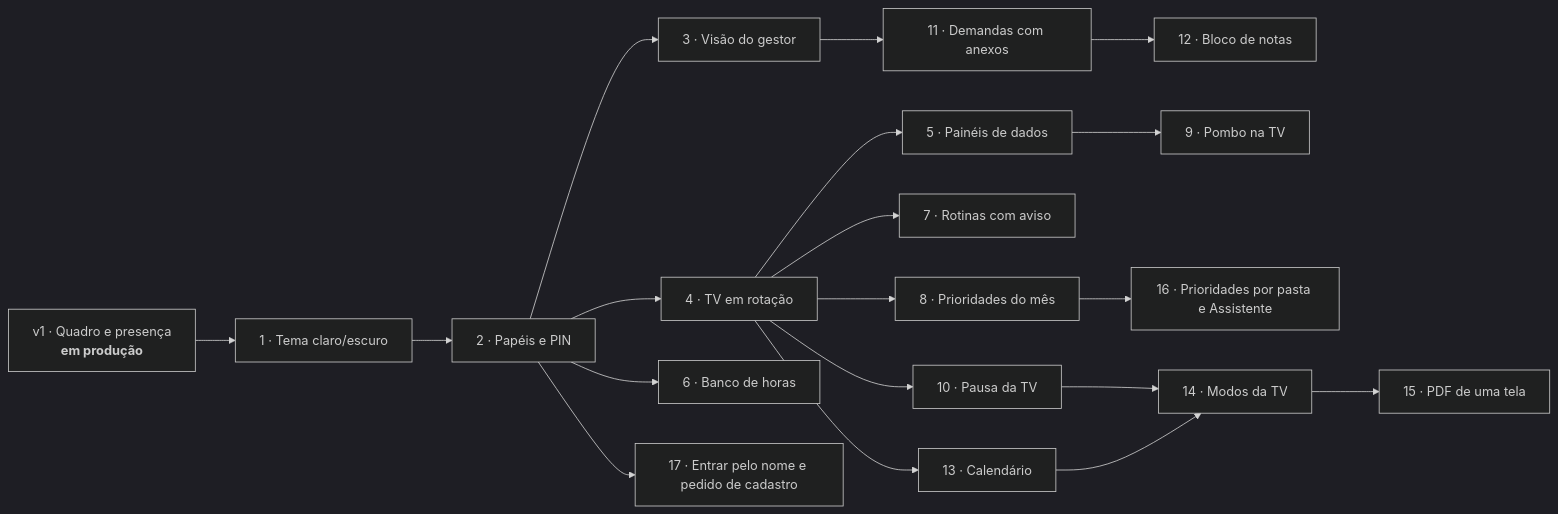
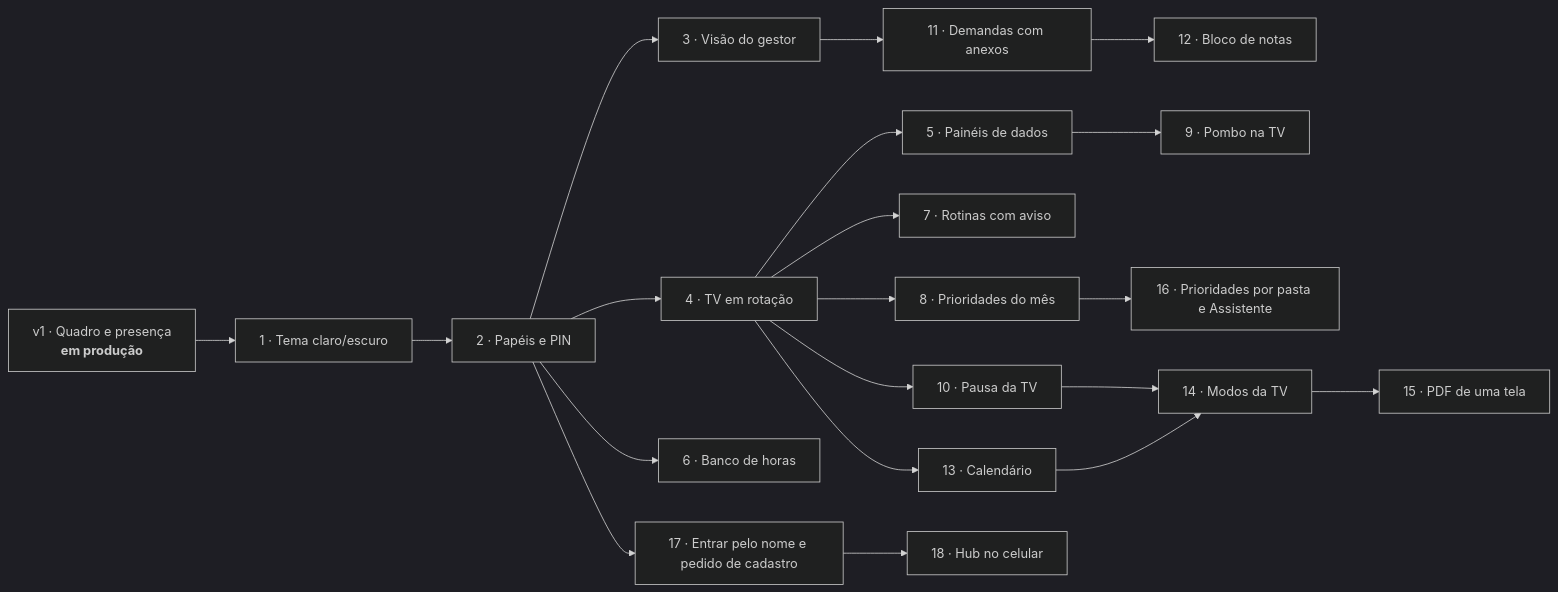
One commit to fishman2004/hub-analistas changed the diagram in docs/roadmap.md. Above: the diagram before and after it, drawn with Mermaid (dark theme). The commit also changed other lines of this file and 18 other files, not shown here.

First line of the commit message:
Fase 18: Hub no celular

````diff
--- a/docs/roadmap.md
+++ b/docs/roadmap.md
@@ -5,21 +5,22 @@
 ```mermaid
 flowchart LR
     V1[v1 · Quadro e presença<br><b>em produção</b>] --> F1[1 · Tema claro/escuro]
     F1 --> F2[2 · Papéis e PIN]
     F2 --> F3[3 · Visão do gestor]
     F2 --> F4[4 · TV em rotação]
     F4 --> F5[5 · Painéis de dados]
     F2 --> F6[6 · Banco de horas]
     F4 --> F7[7 · Rotinas com aviso]
     F4 --> F8[8 · Prioridades do mês]
     F5 --> F9[9 · Pombo na TV]
     F4 --> F10[10 · Pausa da TV]
     F3 --> F11[11 · Demandas com anexos]
     F11 --> F12[12 · Bloco de notas]
     F4 --> F13[13 · Calendário]
     F10 --> F14[14 · Modos da TV]
     F13 --> F14
     F14 --> F15[15 · PDF de uma tela]
     F8 --> F16[16 · Prioridades por pasta e Assistente]
     F2 --> F17[17 · Entrar pelo nome e pedido de cadastro]
+    F17 --> F18[18 · Hub no celular]
 ```
````
